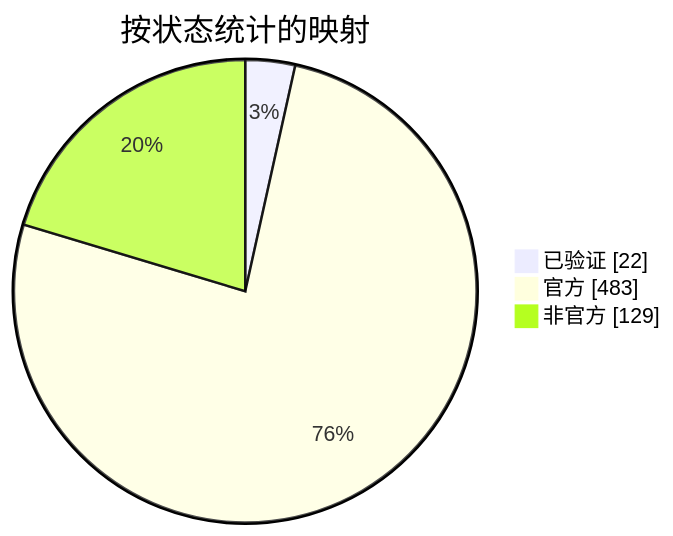
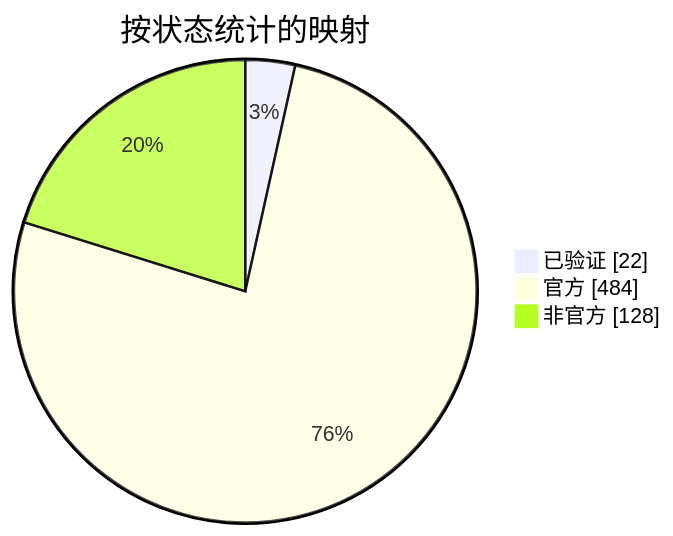
One commit to nobrega8/mbmap-library changed the diagram in docs/readme/README_ZHS.md. Above: the diagram before and after it, drawn with Mermaid. The commit also changed 6 other files, not shown here.

````diff
--- a/docs/readme/README_ZHS.md
+++ b/docs/readme/README_ZHS.md
@@ -54,7 +54,7 @@
 ```mermaid
 pie showData
     title 按状态统计的映射
     "已验证" : 22
-    "官方" : 483
-    "非官方" : 129
+    "官方" : 484
+    "非官方" : 128
 ```
````
